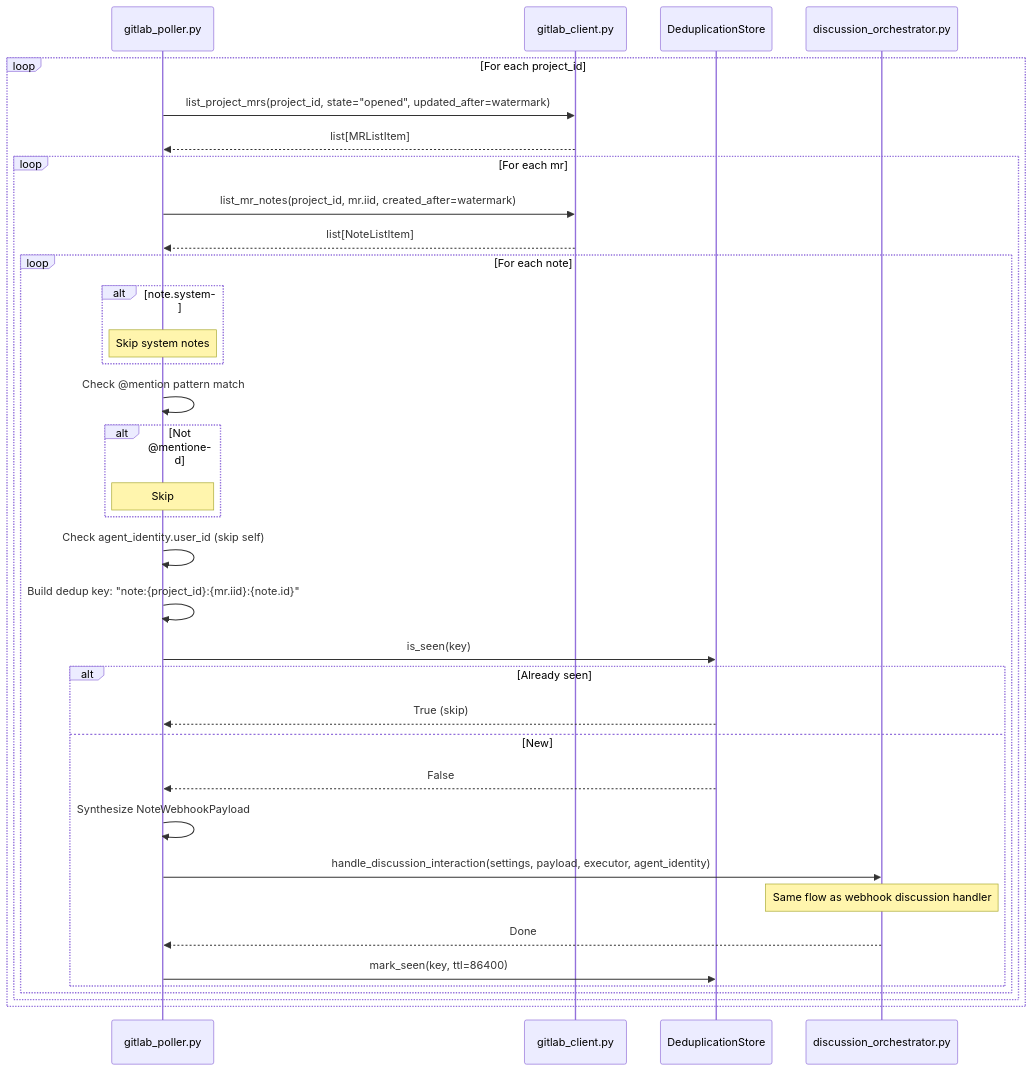
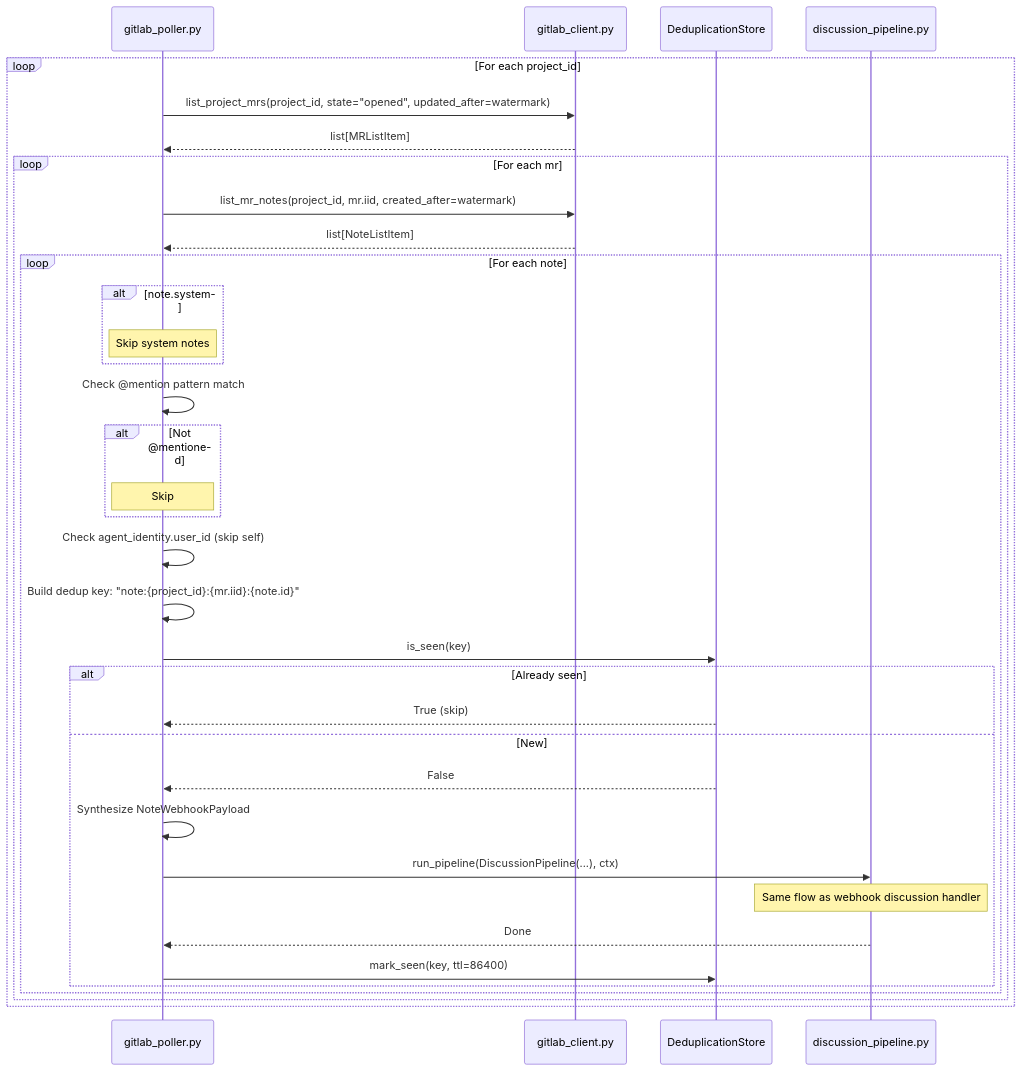
One commit to peteroden/gitlab-copilot-agent changed the third of 5 diagrams in docs/wiki/request-flows.md. Above: the diagram before and after it, drawn with Mermaid. The commit also changed other lines of this file and 30 other files, not shown here.

````diff
--- a/docs/wiki/request-flows.md
+++ b/docs/wiki/request-flows.md
@@ -208,40 +208,40 @@
 ```mermaid
 sequenceDiagram
     participant POLL as gitlab_poller.py
     participant GLCL as gitlab_client.py
     participant DEDUP as DeduplicationStore
-    participant DH as discussion_orchestrator.py
+    participant DPIPE as discussion_pipeline.py
     
     loop For each project_id
         POLL->>GLCL: list_project_mrs(project_id, state="opened", updated_after=watermark)
         GLCL-->>POLL: list[MRListItem]
         
         loop For each mr
             POLL->>GLCL: list_mr_notes(project_id, mr.iid, created_after=watermark)
             GLCL-->>POLL: list[NoteListItem]
             
             loop For each note
                 alt note.system
                     Note over POLL: Skip system notes
                 end
                 POLL->>POLL: Check @mention pattern match
                 alt Not @mentioned
                     Note over POLL: Skip
                 end
                 POLL->>POLL: Check agent_identity.user_id (skip self)
                 POLL->>POLL: Build dedup key: "note:{project_id}:{mr.iid}:{note.id}"
                 POLL->>DEDUP: is_seen(key)
                 alt Already seen
                     DEDUP-->>POLL: True (skip)
                 else New
                     DEDUP-->>POLL: False
                     POLL->>POLL: Synthesize NoteWebhookPayload
-                    POLL->>DH: handle_discussion_interaction(settings, payload, executor, agent_identity)
-                    Note over DH: Same flow as webhook discussion handler
-                    DH-->>POLL: Done
+                    POLL->>DPIPE: run_pipeline(DiscussionPipeline(...), ctx)
+                    Note over DPIPE: Same flow as webhook discussion handler
+                    DPIPE-->>POLL: Done
                     POLL->>DEDUP: mark_seen(key, ttl=86400)
                 end
             end
         end
     end
 ```
````
